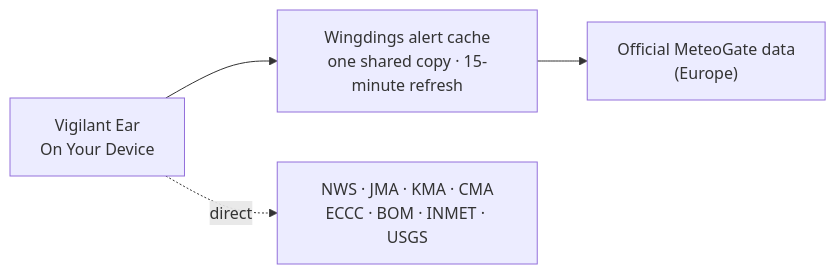
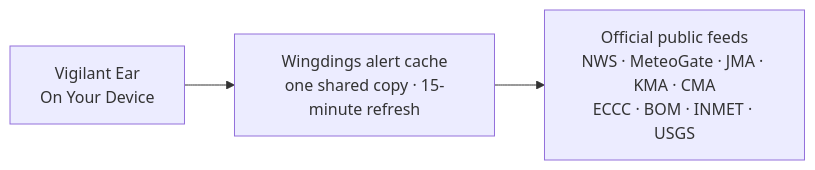
One commit to rpalm01-star/VigilantEarLegal changed the fourth of 4 diagrams in README.md. Above: the diagram before and after it, drawn with Mermaid. The commit also changed other lines of this file, not shown here.

First line of the commit message:
README: the weather diagram still showed the phone calling foreign agencies directly

````diff
--- a/README.md
+++ b/README.md
@@ -151,6 +151,5 @@
 ```mermaid
 graph LR
     P1["Vigilant Ear<br/>On Your Device"] --> W["Wingdings alert cache<br/>one shared copy · 15-minute refresh"]
-    W --> M["Official MeteoGate data<br/>(Europe)"]
-    P1 -.direct.-> N["NWS · JMA · KMA · CMA<br/>ECCC · BOM · INMET · USGS"]
+    W --> N["Official public feeds<br/>NWS · MeteoGate · JMA · KMA · CMA<br/>ECCC · BOM · INMET · USGS"]
 ```
````
